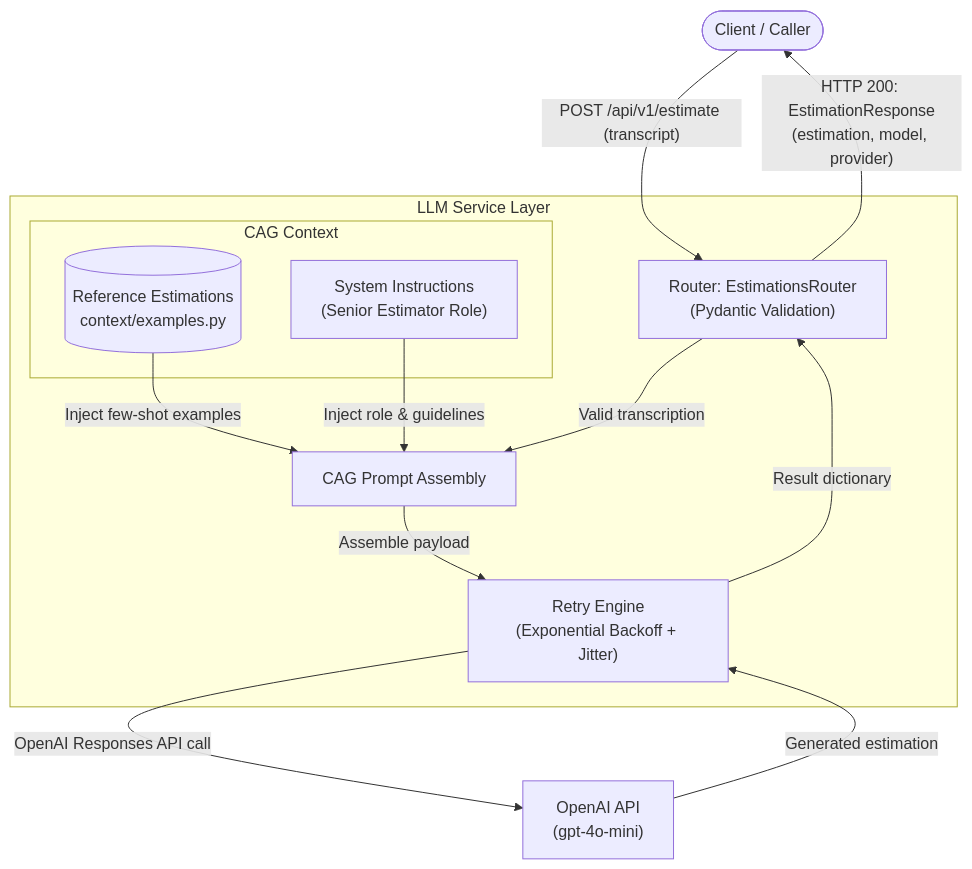
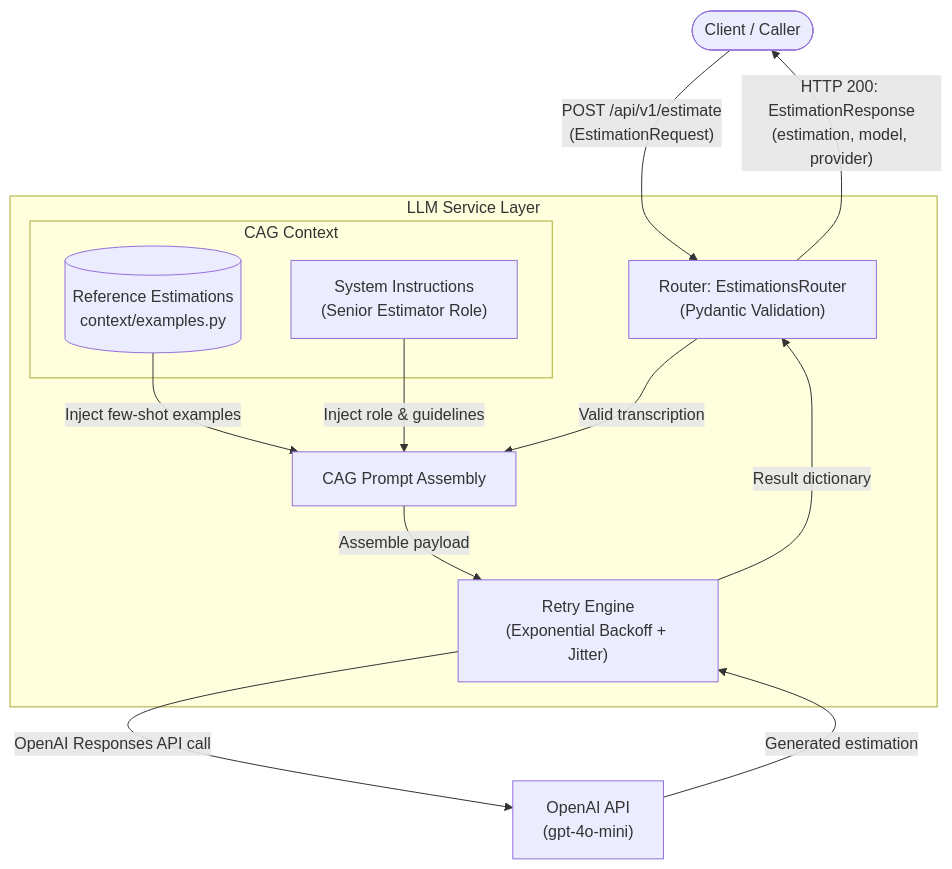
The diagram in README.md (NestorDR/aie-estimator), drawn with Mermaid before and after one commit. The commit also changed other lines of this file, not shown here.

````diff
--- a/README.md
+++ b/README.md
@@ -23,22 +24,22 @@
 ```mermaid
 flowchart TD
-    Client(["Client / Caller"]) -->|"POST /api/v1/estimate (transcript)"| Router["Router: EstimationsRouter\n(Pydantic Validation)"]
+    Client(["Client / Caller"]) -->|"POST /api/v1/estimate\n(EstimationRequest)"| Router["Router: EstimationsRouter\n(Pydantic Validation)"]
 
     subgraph ServiceLayer ["LLM Service Layer"]
         Router -->|"Valid transcription"| PromptBuilder["CAG Prompt Assembly"]
 
         subgraph ContextStore ["CAG Context"]
             Examples[("Reference Estimations\ncontext/examples.py")]
             Role["System Instructions\n(Senior Estimator Role)"]
         end
 
         Examples -->|"Inject few-shot examples"| PromptBuilder
         Role -->|"Inject role & guidelines"| PromptBuilder
         PromptBuilder -->|"Assemble payload"| RetryEngine["Retry Engine\n(Exponential Backoff + Jitter)"]
     end
 
     RetryEngine -->|"OpenAI Responses API call"| Provider["OpenAI API\n(gpt-4o-mini)"]
     Provider -->|"Generated estimation"| RetryEngine
     RetryEngine -->|"Result dictionary"| Router
     Router -->|"HTTP 200: EstimationResponse\n(estimation, model, provider)"| Client
 ```
````
